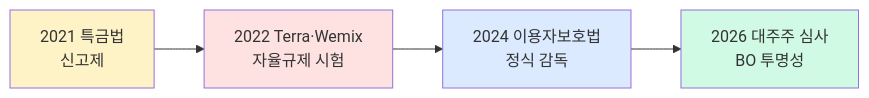
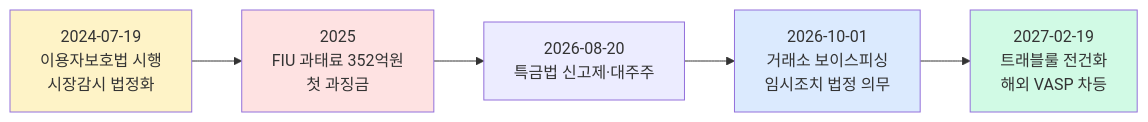
One commit to lala-david/aml-notes changed the third of 3 diagrams in notes/6-cases/korea-enforcement.md. Above: the diagram before and after it, drawn with Mermaid. The commit also changed other lines of this file and 379 other files, not shown here.

First line of the commit message:
notes,kb,en,deep,charts: 2026-10-21 기준 정정 46건 반영 — 출처 없는 수치를 걷어내고 다이어그램을 다시 그림

````diff
--- a/notes/6-cases/korea-enforcement.md
+++ b/notes/6-cases/korea-enforcement.md
@@ -273,11 +205,11 @@
 ```mermaid
 flowchart LR
-    A[2021 특금법<br/>신고제] --> B[2022 Terra·Wemix<br/>자율규제 시험]
-    B --> C[2024 이용자보호법<br/>정식 감독]
-    C --> D[2026 대주주 심사<br/>BO 투명성]
-
+    A["2024-07-19<br/>이용자보호법 시행<br/>시장감시 법정화"] --> B["2025<br/>FIU 과태료 352억원<br/>첫 과징금"]
+    B --> C["2026-08-20<br/>특금법 신고제·대주주"]
+    C --> D["2026-10-01<br/>거래소 보이스피싱<br/>임시조치 법정 의무"]
+    D --> E["2027-02-19<br/>트래블룰 전건화<br/>해외 VASP 차등"]
     style A fill:#fef3c7
     style B fill:#fee2e2
-    style C fill:#dbeafe
-    style D fill:#d1fae5
+    style D fill:#dbeafe
+    style E fill:#d1fae5
 ```
````
